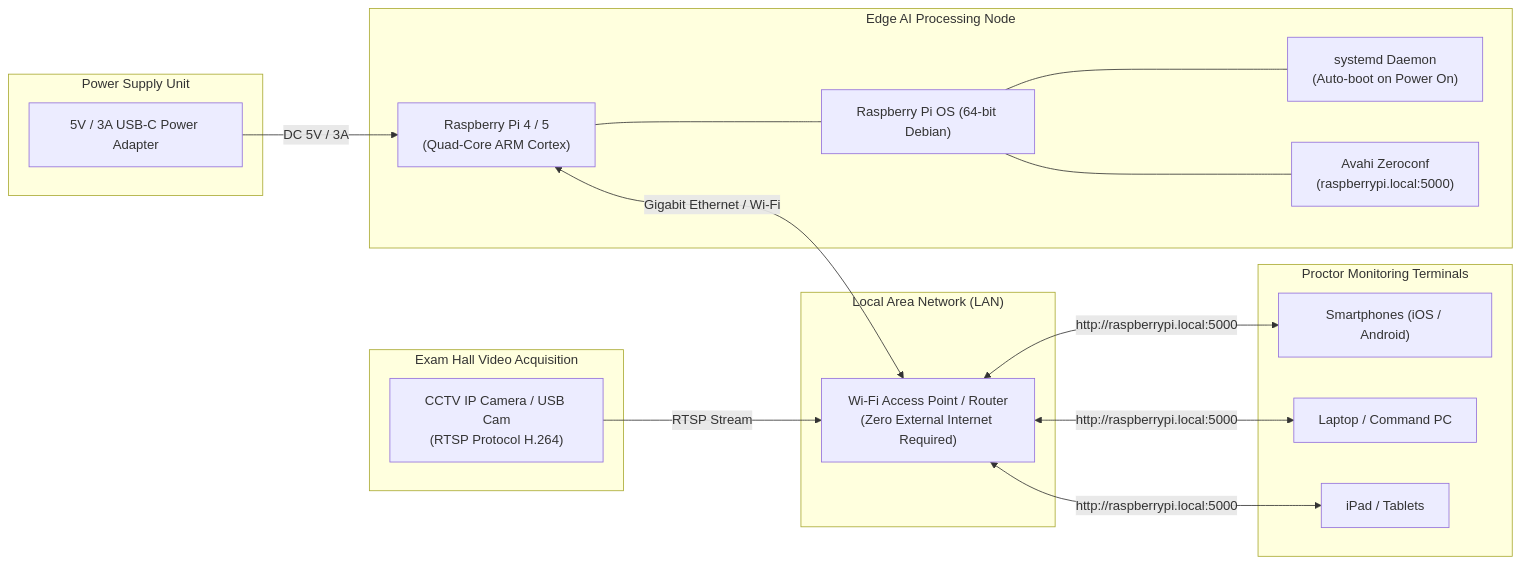
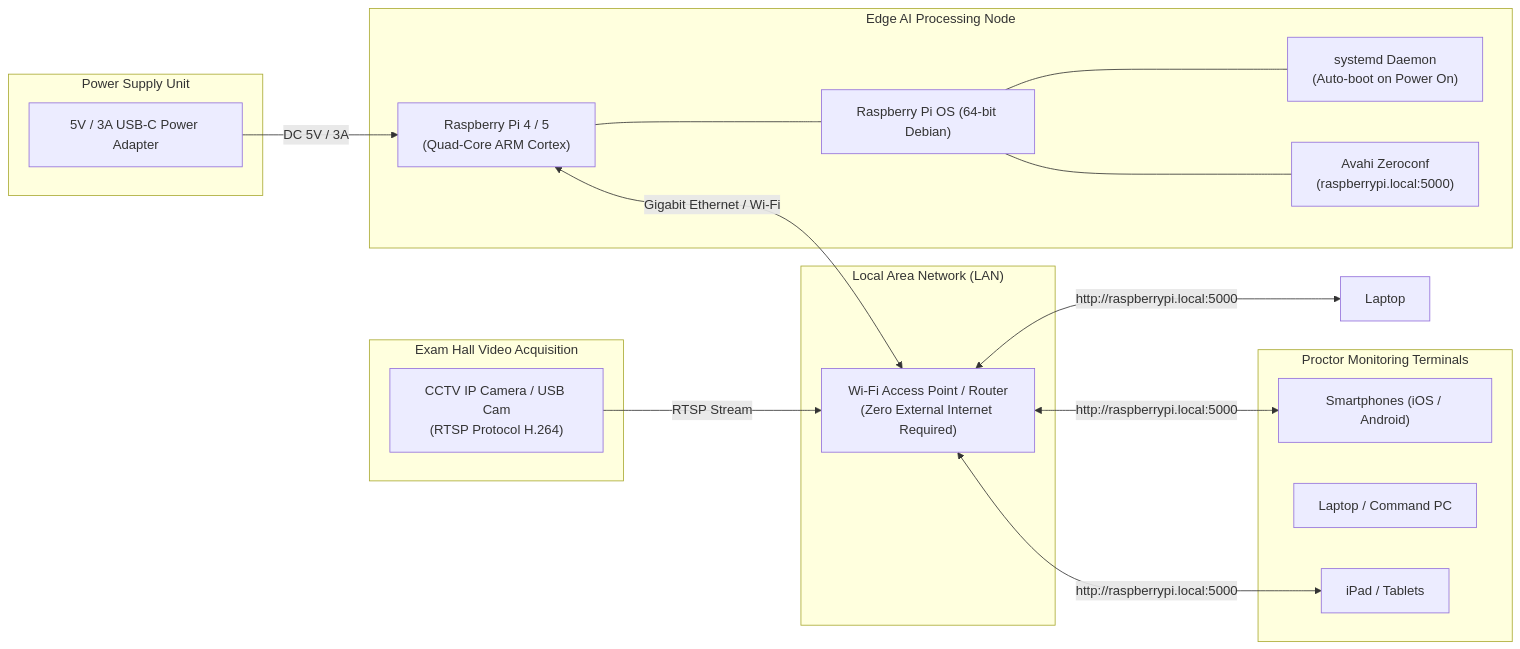
Before and after one commit to wosangxr/Project-CiRA-CORE: the third of 4 diagrams in DIAGRAMS.md, drawn with Mermaid. The commit also changed other lines of this file, not shown here.

Commit message:
refactor: Remove book/notes detection and still snapshots from diagrams, focus on phone, head movement, and MP4 video clips

````diff
--- a/DIAGRAMS.md
+++ b/DIAGRAMS.md
@@ -104,38 +103,38 @@
 ```mermaid
 flowchart LR
     subgraph PowerStation["Power Supply Unit"]
         PSU["5V / 3A USB-C Power Adapter"]
     end
 
     subgraph EdgeNode["Edge AI Processing Node"]
         RPI["Raspberry Pi 4 / 5<br/>(Quad-Core ARM Cortex)"]
         OS["Raspberry Pi OS (64-bit Debian)"]
         AutoService["systemd Daemon<br/>(Auto-boot on Power On)"]
         mDNS["Avahi Zeroconf<br/>(raspberrypi.local:5000)"]
         
         RPI --- OS
         OS --- AutoService
         OS --- mDNS
     end
 
     subgraph VideoSource["Exam Hall Video Acquisition"]
         CAM["CCTV IP Camera / USB Cam<br/>(RTSP Protocol H.264)"]
     end
 
     subgraph LocalLAN["Local Area Network (LAN)"]
         Router["Wi-Fi Access Point / Router<br/>(Zero External Internet Required)"]
     end
 
     subgraph ClientDevices["Proctor Monitoring Terminals"]
         Mobile["Smartphones (iOS / Android)"]
         PC["Laptop / Command PC"]
         Tablet["iPad / Tablets"]
     end
 
     PSU -->|DC 5V / 3A| RPI
     CAM -->|RTSP Stream| Router
     RPI <-->|Gigabit Ethernet / Wi-Fi| Router
     Router <-->|http://raspberrypi.local:5000| Mobile
-    Router <-->|http://raspberrypi.local:5000| PC
+    Router <-->|http://raspberrypi.local:5000| Laptop
     Router <-->|http://raspberrypi.local:5000| Tablet
 ```
````
